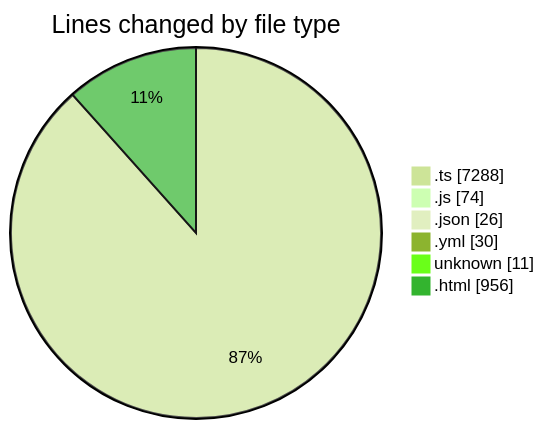
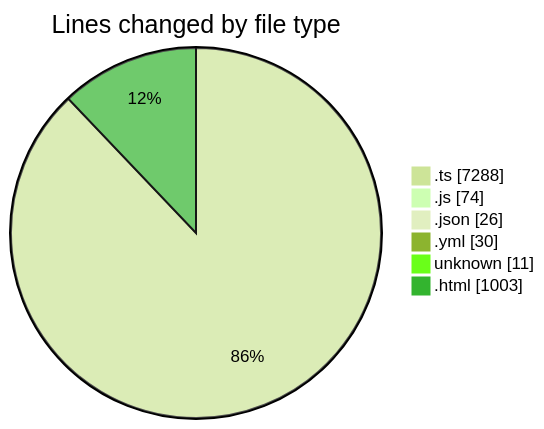
One commit to tmsrecording-cyber/code-tracking changed the first of 2 diagrams in 2026-02-07/singularitybrainai/README.md. Above: the diagram before and after it, drawn with Mermaid (forest theme). The commit also changed other lines of this file and 1 other file, not shown here.

````diff
--- a/2026-02-07/singularitybrainai/README.md
+++ b/2026-02-07/singularitybrainai/README.md
@@ -41,10 +41,10 @@
 ```mermaid
 pie showData
 title Lines changed by file type
 ".ts" : 7288
 ".js" : 74
 ".json" : 26
 ".yml" : 30
 "unknown" : 11
-".html" : 956
+".html" : 1003
 ```
````
